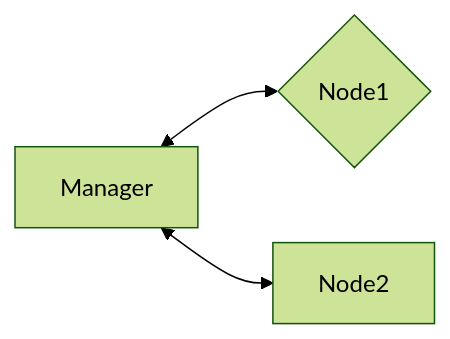
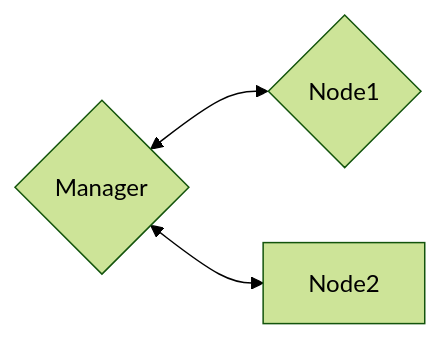
The diagram in docs/container/docker/swarm.md (cowadar/wiki), drawn with Mermaid (forest theme) before and after one commit. The commit also changed other lines of this file, not shown here.

````diff
--- a/docs/container/docker/swarm.md
+++ b/docs/container/docker/swarm.md
@@ -17,5 +17,5 @@
 ``` mermaid
 graph LR
-  A[Manager] <--> B{Node1};
-  A[Manager] <--> C[Node2];
+  A{Manager} <--> B{Node1};
+  A{Manager} <--> C[Node2];
 ```
````
